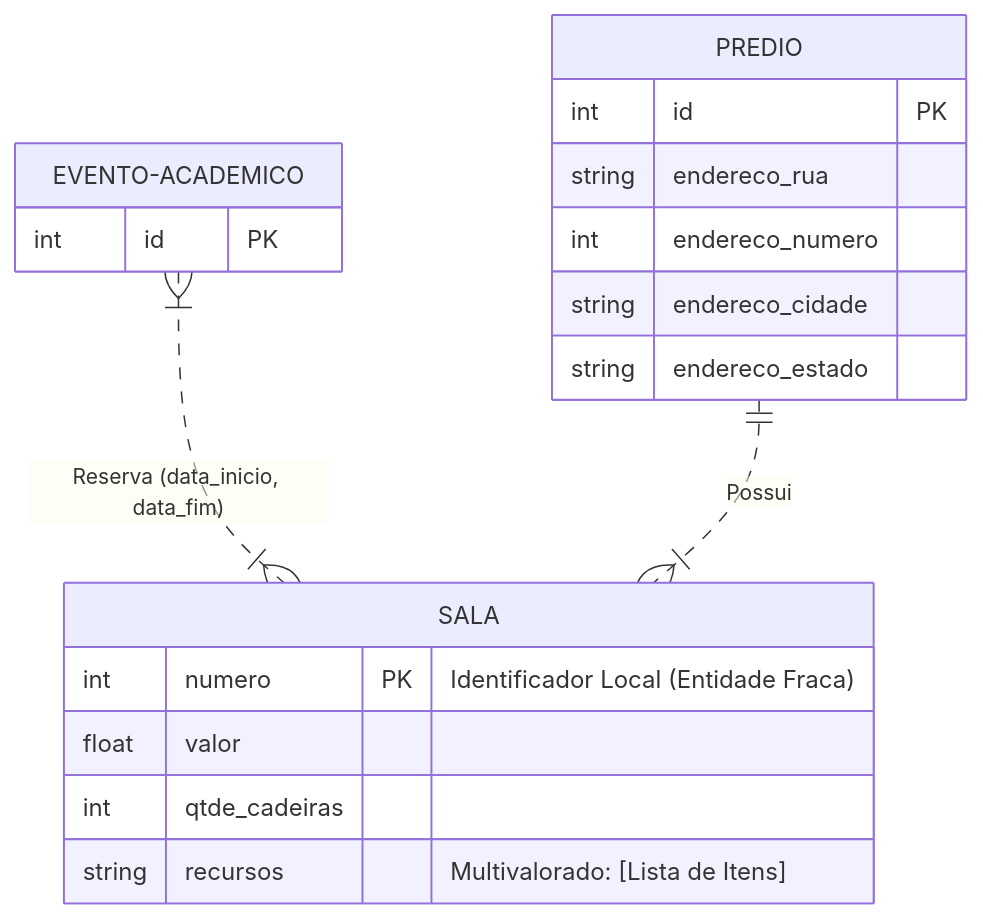
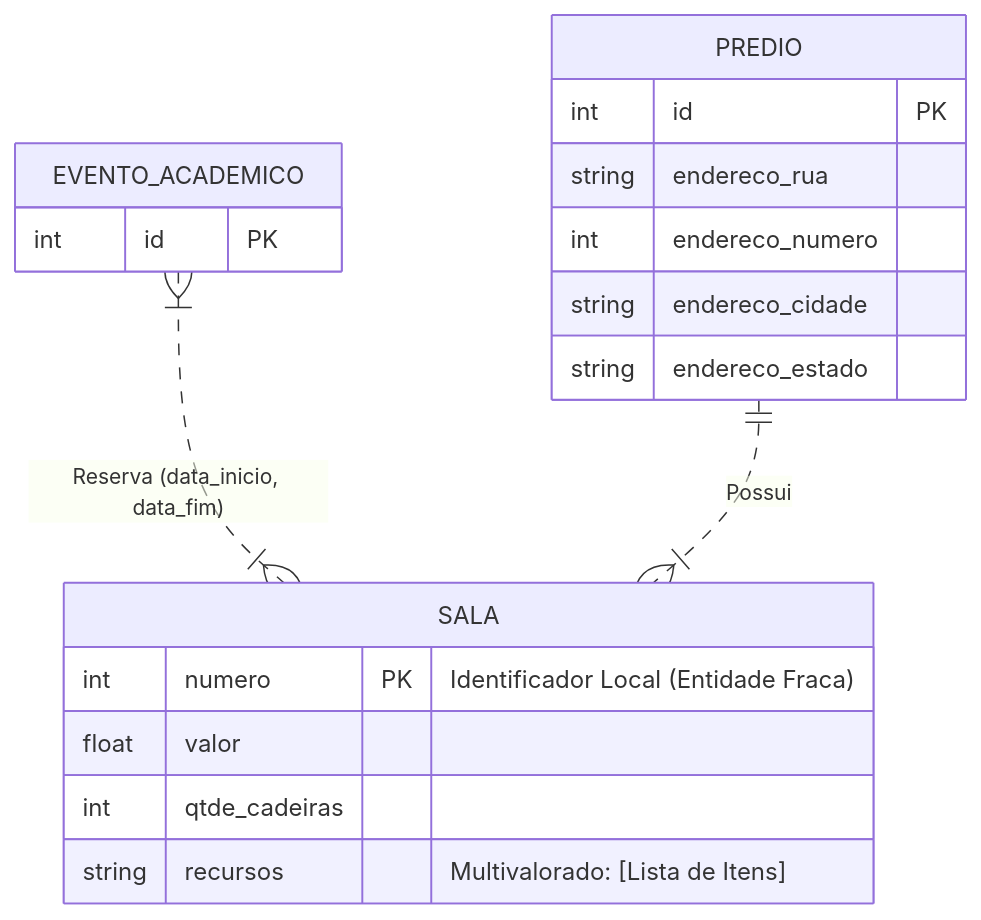
The third of 3 diagrams in S1_Modelo_Conceitual/README.md (SuzanaBTI/Banco_de_Dados_UNIVESP), drawn with Mermaid before and after one commit. The commit also changed other lines of this file, not shown here.

````diff
--- a/S1_Modelo_Conceitual/README.md
+++ b/S1_Modelo_Conceitual/README.md
@@ -104,22 +104,22 @@
 ```mermaid
 erDiagram
-    EVENTO-ACADEMICO {
+    EVENTO_ACADEMICO {
         int id PK
     }
     PREDIO {
         int id PK
         string endereco_rua
         int endereco_numero
         string endereco_cidade
         string endereco_estado
     }
     SALA {
         int numero PK "Identificador Local (Entidade Fraca)"
         float valor
         int qtde_cadeiras
         string recursos "Multivalorado: [Lista de Itens]"
     }
 
-    EVENTO-ACADEMICO }|..|{ SALA : "Reserva (data_inicio, data_fim)"
+    EVENTO_ACADEMICO }|..|{ SALA : "Reserva (data_inicio, data_fim)"
     PREDIO ||..|{ SALA : "Possui"
 ```
````
